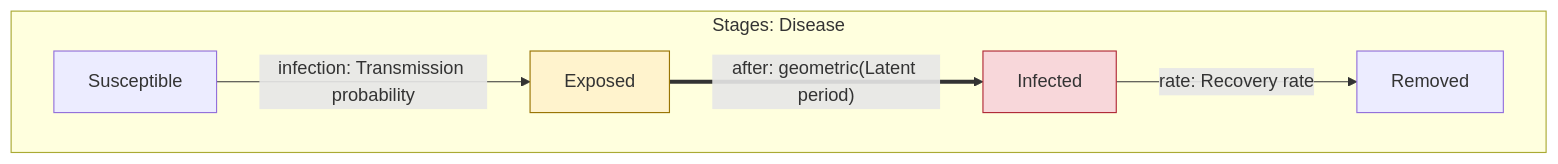
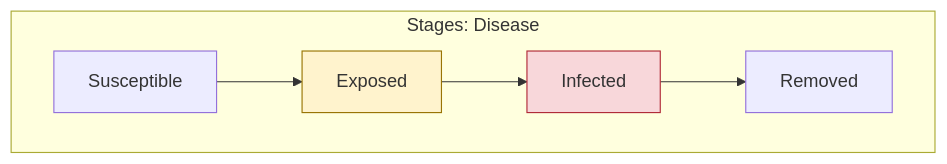
Before and after one commit to UofUEpiBio/epiworldpy: the diagram in epiworldpy/include/epiworld/models/seir.mmd, drawn with Mermaid. The commit also changed 16 other files, not shown here.

First line of the commit message:
Port epiworld NH-close: diagrams without transition labels (UofUEpiBio/epiworld#370)

```diff
--- a/epiworldpy/include/epiworld/models/seir.mmd
+++ b/epiworldpy/include/epiworld/models/seir.mmd
@@ -1,15 +1,15 @@
 %% Drawn from the model's declarations by `make diagrams`; do not edit.
 flowchart LR
     subgraph stages["Stages: Disease"]
         direction LR
         s0["Susceptible"]
         s1["Exposed"]:::carrier
         s2["Infected"]:::infectious
         s3["Removed"]
-        s0 -->|"infection: Transmission probability"| s1
-        s1 ==>|"after: geometric(Latent period)"| s2
-        s2 -->|"rate: Recovery rate"| s3
+        s0 --> s1
+        s1 --> s2
+        s2 --> s3
     end
     classDef infectious fill:#f8d7da,stroke:#b02a37
     classDef carrier fill:#fff3cd,stroke:#997404
     classDef away fill:#e2e3e5,stroke:#6c757d
```
